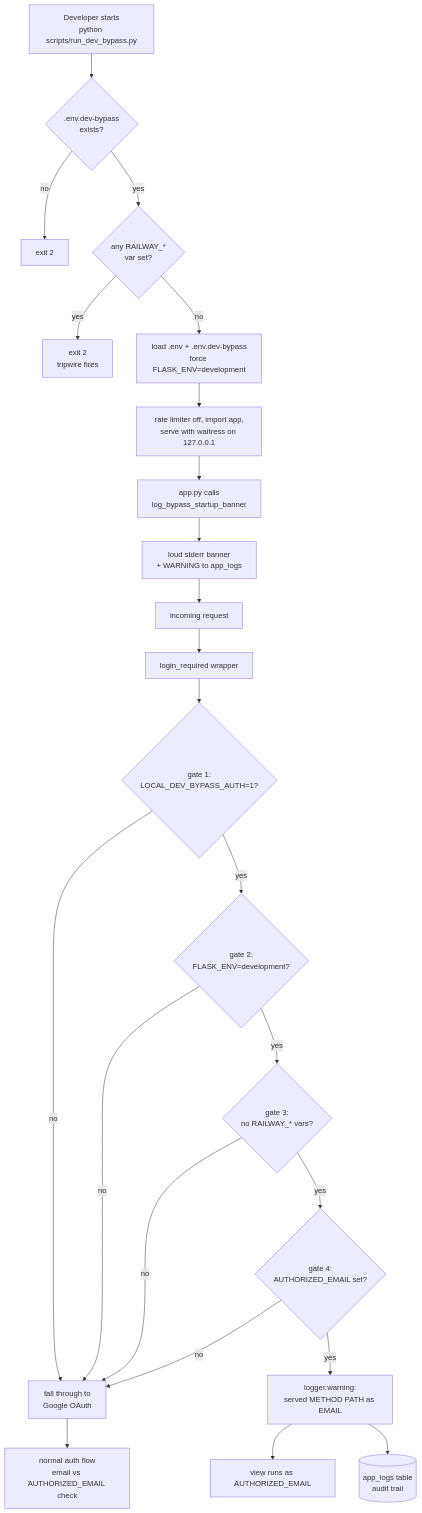
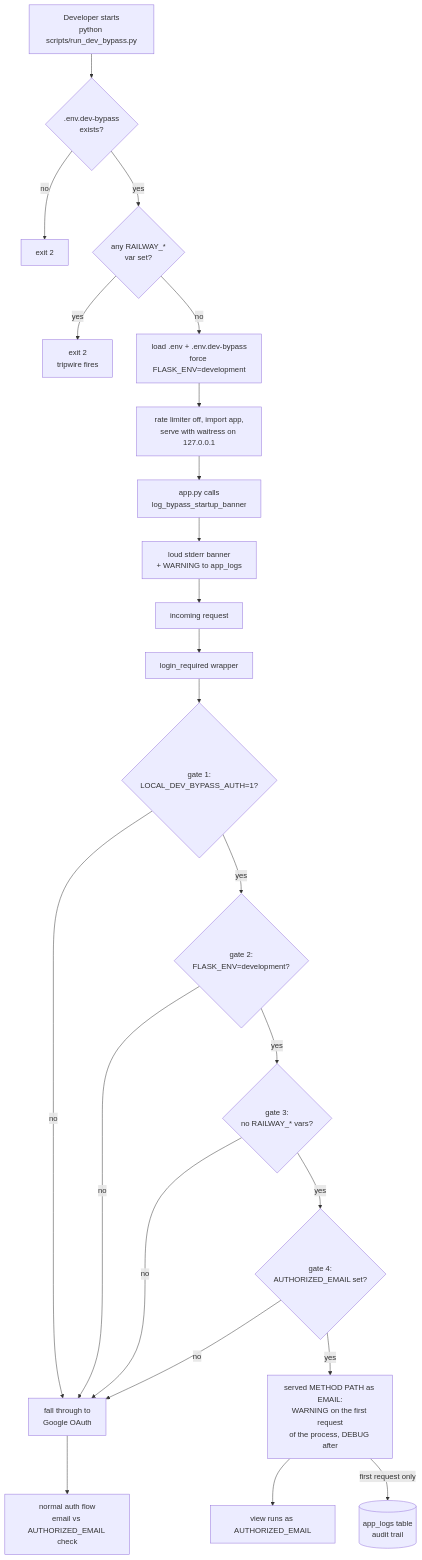
Before and after one commit to shigsdev/taskmanager: the second of 2 diagrams in ARCHITECTURE.md, drawn with Mermaid. The commit also changed other lines of this file and 9 other files, not shown here.

````diff
--- a/ARCHITECTURE.md
+++ b/ARCHITECTURE.md
@@ -1363,25 +1365,25 @@
 ```mermaid
 flowchart TD
     Dev[Developer starts<br/>python scripts/run_dev_bypass.py] --> S1{.env.dev-bypass<br/>exists?}
     S1 -->|no| X1[exit 2]
     S1 -->|yes| S2{any RAILWAY_*<br/>var set?}
     S2 -->|yes| X2[exit 2<br/>tripwire fires]
     S2 -->|no| S3[load .env + .env.dev-bypass<br/>force FLASK_ENV=development]
     S3 --> S4[rate limiter off, import app,<br/>serve with waitress on 127.0.0.1]
     S4 --> S5[app.py calls<br/>log_bypass_startup_banner]
     S5 --> S6[loud stderr banner<br/>+ WARNING to app_logs]
     S6 --> Req[incoming request]
     Req --> LR[login_required wrapper]
     LR --> G1{gate 1:<br/>LOCAL_DEV_BYPASS_AUTH=1?}
     G1 -->|no| OAuth[fall through to<br/>Google OAuth]
     G1 -->|yes| G2{gate 2:<br/>FLASK_ENV=development?}
     G2 -->|no| OAuth
     G2 -->|yes| G3{gate 3:<br/>no RAILWAY_* vars?}
     G3 -->|no| OAuth
     G3 -->|yes| G4{gate 4:<br/>AUTHORIZED_EMAIL set?}
     G4 -->|no| OAuth
-    G4 -->|yes| Log[logger.warning:<br/>served METHOD PATH as EMAIL]
+    G4 -->|yes| Log[served METHOD PATH as EMAIL:<br/>WARNING on the first request<br/>of the process, DEBUG after]
     Log --> View[view runs as AUTHORIZED_EMAIL]
-    Log --> DBLog[(app_logs table<br/>audit trail)]
+    Log -->|first request only| DBLog[(app_logs table<br/>audit trail)]
     OAuth --> Normal[normal auth flow<br/>email vs AUTHORIZED_EMAIL check]
 ```
````
